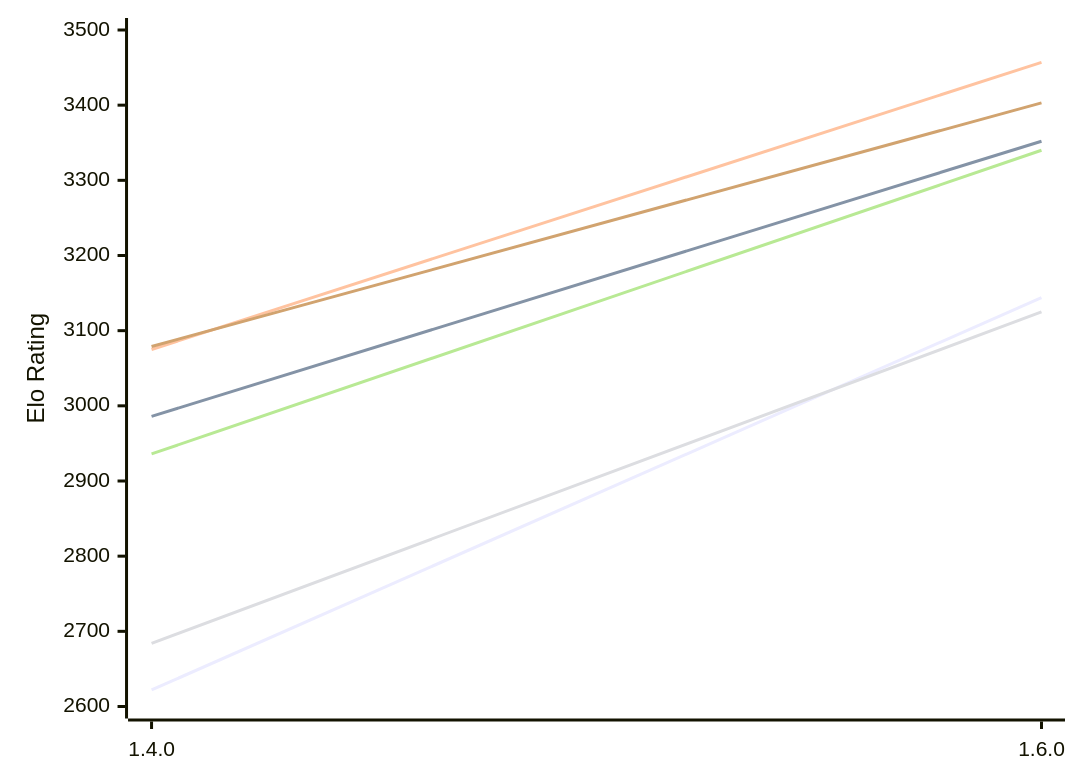
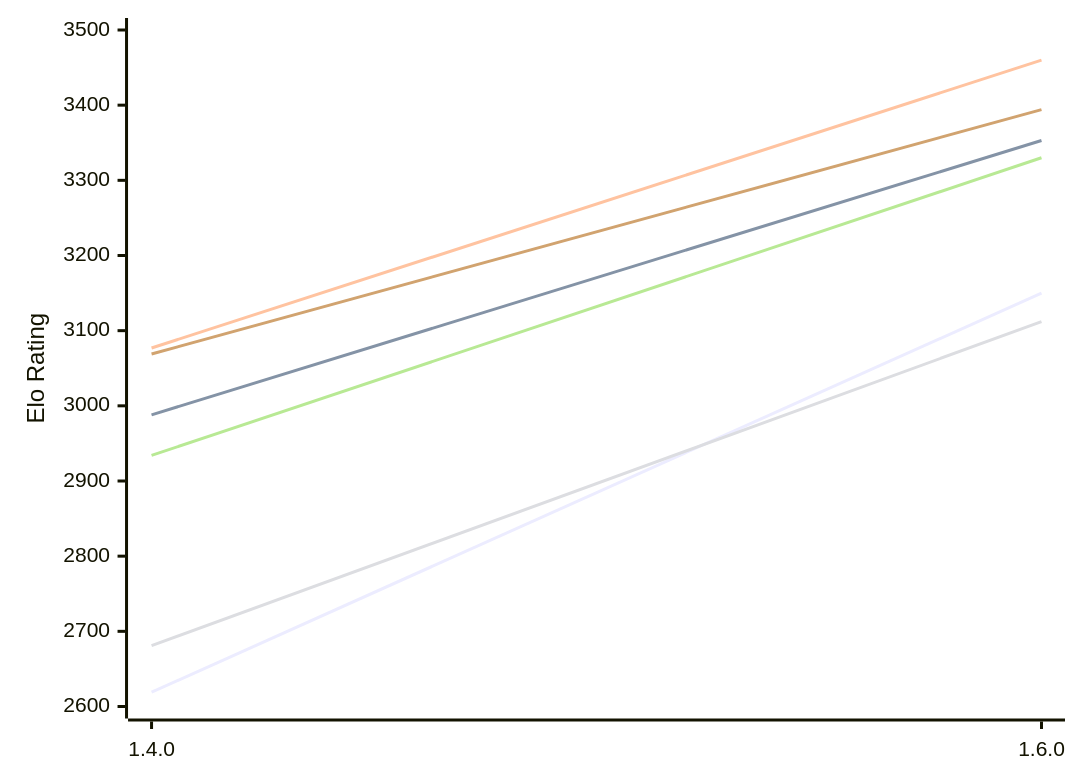
One commit to computer-chess-index/cci changed the first of 2 diagrams in engines/Gyatso.md. Above: the diagram before and after it, drawn with Mermaid. The commit also changed other lines of this file, not shown here.

Commit message:
Update CCI Ratings (ELO VLTC) - 2026-11-15

````diff
--- a/engines/Gyatso.md
+++ b/engines/Gyatso.md
@@ -53,12 +53,12 @@
 ```mermaid
 %%{init: {"theme":"base","themeVariables":{"seriesColors:['#a3a3a3','#222221','#faa371']}}}%%
 xychart-beta
   x-axis ["1.4.0", "1.6.0"]
   y-axis "Elo Rating" 2600 --> 3500
-  line "E1: STC (8.0+0.08s)" [2622, 3144]
-  line "E1: LTC (60.0+0.60s)" [2986, 3352]
-  line "E1: VLTC (2m24s+1.12s)" [3075, 3457]
-  line "P1: STC (8.0+0.08s)" [2684, 3125]
-  line "P1: LTC (60.0+0.60s)" [2936, 3340]
-  line "P1: VLTC (2m24s+1.12s)" [3079, 3403]
+  line "E1: STC (8.0+0.08s)" [2619, 3150]
+  line "E1: LTC (60.0+0.60s)" [2988, 3353]
+  line "E1: VLTC (2m24s+1.12s)" [3077, 3460]
+  line "P1: STC (8.0+0.08s)" [2681, 3112]
+  line "P1: LTC (60.0+0.60s)" [2934, 3330]
+  line "P1: VLTC (2m24s+1.12s)" [3069, 3394]
 ```
````
